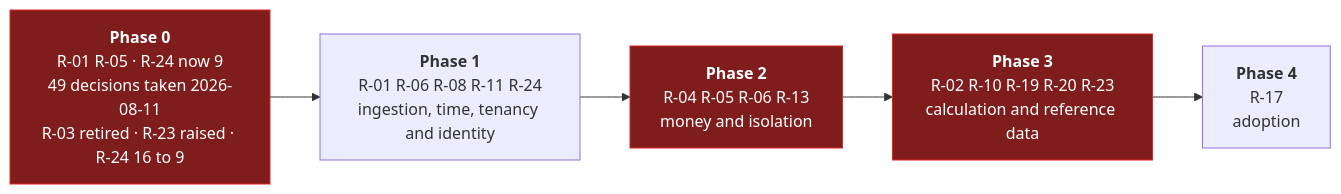
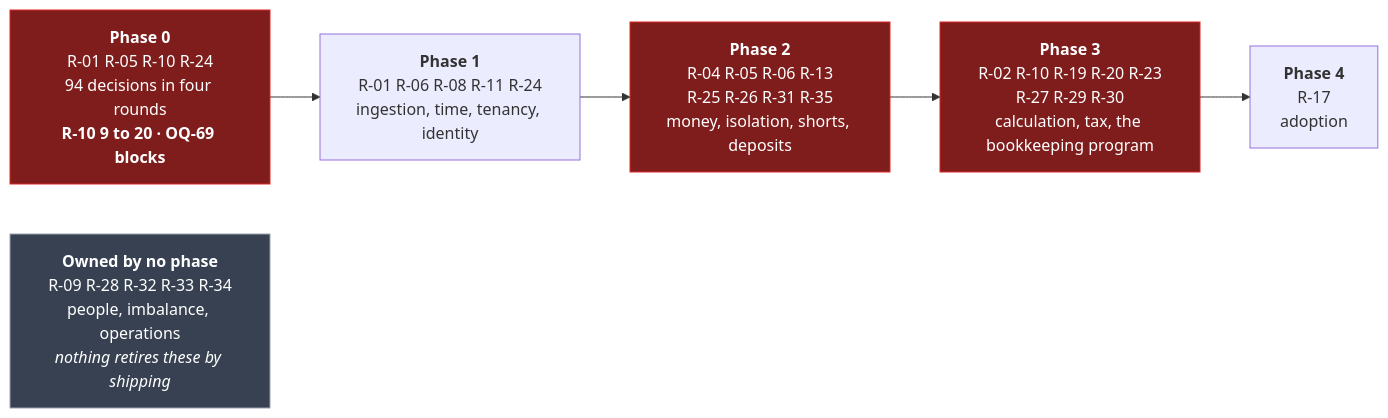
The diagram in specs/70-delivery/02-risks.md (lukastosic-ifd/peakpowerspecs), drawn with Mermaid before and after one commit. The commit also changed other lines of this file and 66 other files, not shown here.

````diff
--- a/specs/70-delivery/02-risks.md
+++ b/specs/70-delivery/02-risks.md
@@ -538,12 +1315,15 @@
 ```mermaid
 flowchart LR
-    P0["<b>Phase 0</b><br/>R-01 R-05 · R-24 now 9<br/>49 decisions taken 2026-08-11<br/>R-03 retired · R-23 raised · R-24 16 to 9"]
-    P1["<b>Phase 1</b><br/>R-01 R-06 R-08 R-11 R-24<br/>ingestion, time, tenancy and identity"]
-    P2["<b>Phase 2</b><br/>R-04 R-05 R-06 R-13<br/>money and isolation"]
-    P3["<b>Phase 3</b><br/>R-02 R-10 R-19 R-20 R-23<br/>calculation and reference data"]
+    P0["<b>Phase 0</b><br/>R-01 R-05 R-10 R-24<br/>94 decisions in four rounds<br/><b>R-10 9 to 20 · OQ-69 blocks</b>"]
+    P1["<b>Phase 1</b><br/>R-01 R-06 R-08 R-11 R-24<br/>ingestion, time, tenancy, identity"]
+    P2["<b>Phase 2</b><br/>R-04 R-05 R-06 R-13<br/>R-25 R-26 R-31 R-35<br/>money, isolation, shorts, deposits"]
+    P3["<b>Phase 3</b><br/>R-02 R-10 R-19 R-20 R-23<br/>R-27 R-29 R-30<br/>calculation, tax, the bookkeeping program"]
     P4["<b>Phase 4</b><br/>R-17<br/>adoption"]
+    ALW["<b>Owned by no phase</b><br/>R-09 R-28 R-32 R-33 R-34<br/>people, imbalance, operations<br/><i>nothing retires these by shipping</i>"]
     P0 --> P1 --> P2 --> P3 --> P4
 
     classDef hot fill:#7f1d1d,stroke:#dc2626,color:#fff
+    classDef amb fill:#374151,stroke:#9ca3af,color:#fff
     class P0,P2,P3 hot
+    class ALW amb
 ```
````
